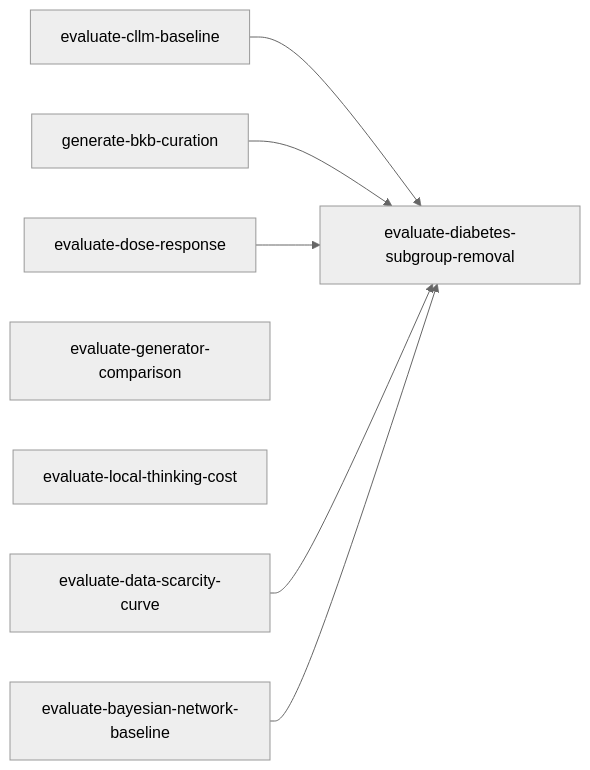
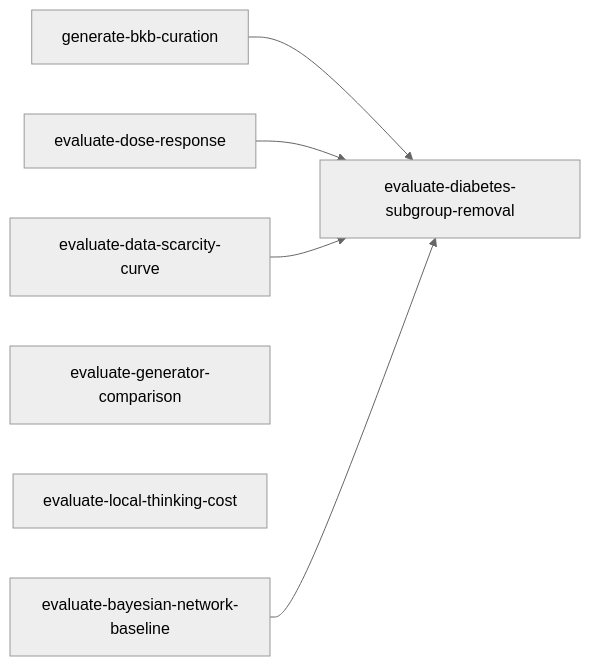
The diagram in tasks/experiments-index.md (joe-dartmouth/synthetic), drawn with Mermaid (neutral theme) before and after one commit. The commit also changed other lines of this file and 6 other files, not shown here.

Commit message:
Land evaluate-cllm-baseline

````diff
--- a/tasks/experiments-index.md
+++ b/tasks/experiments-index.md
@@ -37,15 +36,13 @@
 ```mermaid
 flowchart LR
     bkb_curation[generate-bkb-curation]
     dose_response[evaluate-dose-response]
     scarcity_curve[evaluate-data-scarcity-curve]
     generator_comparison[evaluate-generator-comparison]
     local_thinking[evaluate-local-thinking-cost]
     bn_baseline[evaluate-bayesian-network-baseline]
-    cllm_baseline[evaluate-cllm-baseline]
-    cllm_baseline[evaluate-cllm-baseline] --> diabetes_removal[evaluate-diabetes-subgroup-removal]
-    bkb_curation[generate-bkb-curation] --> diabetes_removal
+    bkb_curation[generate-bkb-curation] --> diabetes_removal[evaluate-diabetes-subgroup-removal]
     dose_response[evaluate-dose-response] --> diabetes_removal
     scarcity_curve[evaluate-data-scarcity-curve] --> diabetes_removal
     bn_baseline[evaluate-bayesian-network-baseline] --> diabetes_removal
 ```
````
